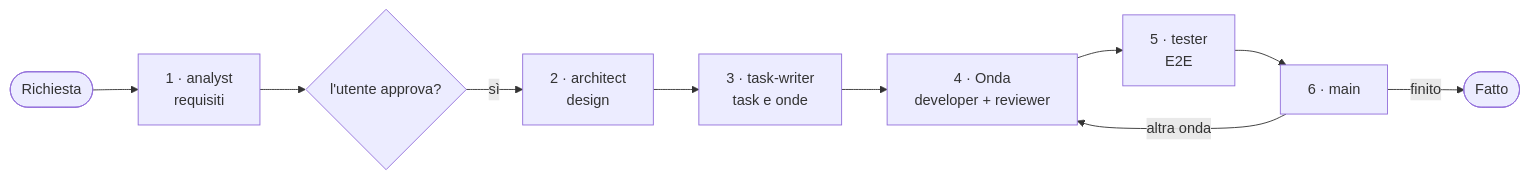
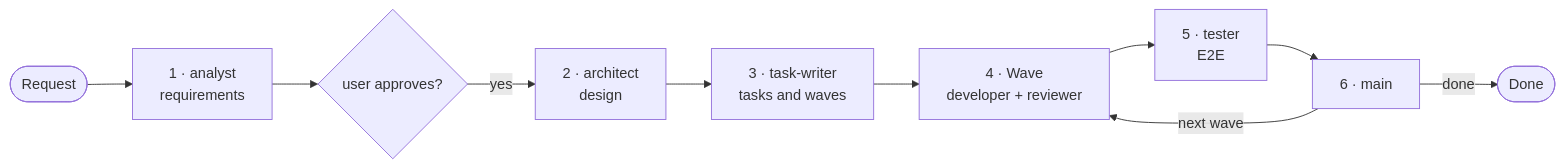
The first of 3 diagrams in lite/FLUSSO.md (FCabiddu/pocket-it), drawn with Mermaid before and after one commit. The commit also changed other lines of this file and 6 other files, not shown here.

````diff
--- a/lite/FLUSSO.md
+++ b/lite/FLUSSO.md
@@ -9,8 +9,8 @@
 ```mermaid
 flowchart LR
-    R(["Richiesta"]) --> A["1 · analyst<br/>requisiti"] --> U{"l'utente approva?"}
-    U -- "sì" --> AR["2 · architect<br/>design"] --> TW["3 · task-writer<br/>task e onde"]
-    TW --> O["4 · Onda<br/>developer + reviewer"] --> T["5 · tester<br/>E2E"] --> M["6 · main"]
-    M -- "altra onda" --> O
-    M -- "finito" --> F(["Fatto"])
+    R(["Request"]) --> A["1 · analyst<br/>requirements"] --> U{"user approves?"}
+    U -- "yes" --> AR["2 · architect<br/>design"] --> TW["3 · task-writer<br/>tasks and waves"]
+    TW --> O["4 · Wave<br/>developer + reviewer"] --> T["5 · tester<br/>E2E"] --> M["6 · main"]
+    M -- "next wave" --> O
+    M -- "done" --> F(["Done"])
 ```
````
